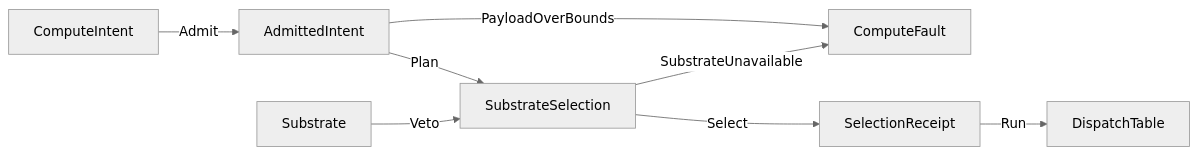
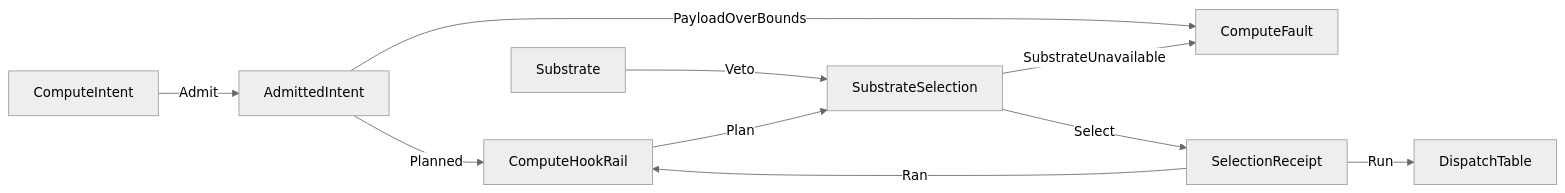
Before and after one commit to bsamiee/Rasm: the diagram in libs/csharp/Rasm.Compute/.planning/Runtime/admission.md, drawn with Mermaid (neutral theme). The commit also changed other lines of this file and 195 other files, not shown here.

````diff
--- a/libs/csharp/Rasm.Compute/.planning/Runtime/admission.md
+++ b/libs/csharp/Rasm.Compute/.planning/Runtime/admission.md
@@ -404,10 +404,12 @@
 ```mermaid
 flowchart LR
     ComputeIntent -- Admit --> AdmittedIntent
     AdmittedIntent -- PayloadOverBounds --> ComputeFault
-    AdmittedIntent -- Plan --> SubstrateSelection
+    AdmittedIntent -- Planned --> ComputeHookRail
+    ComputeHookRail -- Plan --> SubstrateSelection
     Substrate -- Veto --> SubstrateSelection
     SubstrateSelection -- SubstrateUnavailable --> ComputeFault
     SubstrateSelection -- Select --> SelectionReceipt
+    SelectionReceipt -- Ran --> ComputeHookRail
     SelectionReceipt -- Run --> DispatchTable
 ```
````
